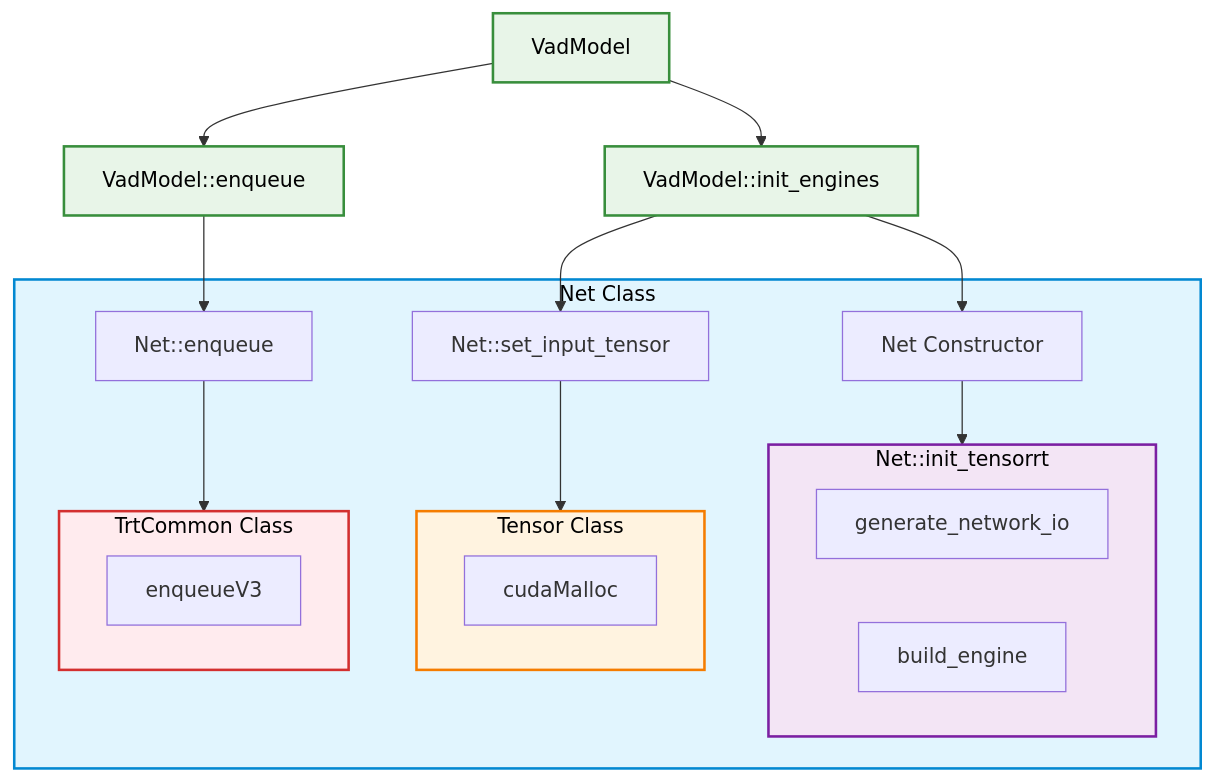
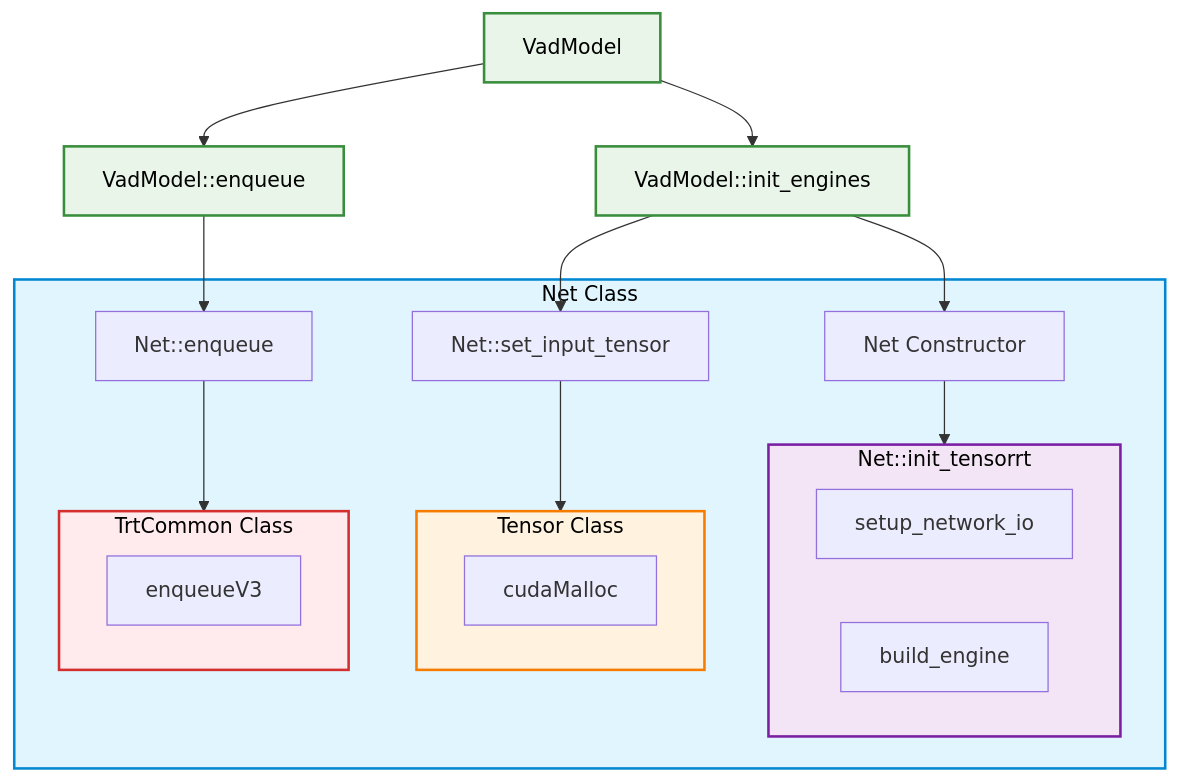
The second of 3 diagrams in planning/autoware_tensorrt_vad/docs/design_vad_model.md (isseitzk/autoware_universe), drawn with Mermaid before and after one commit. The commit also changed other lines of this file and 6 other files, not shown here.

Commit message:
refactor(autoware_tensorrt_vad): rename generate_network_io to setup_network_io

````diff
--- a/planning/autoware_tensorrt_vad/docs/design_vad_model.md
+++ b/planning/autoware_tensorrt_vad/docs/design_vad_model.md
@@ -83,51 +83,51 @@
 ```mermaid
 flowchart TD
     VadModel[VadModel]
     
     VadModel --> VadModelInit[VadModel::init_engines]
     VadModel --> VadModelEnqueue[VadModel::enqueue]
     
     VadModelInit --> NetConstructor[Net Constructor]
     VadModelInit --> NetSetInputTensor[Net::set_input_tensor]
     VadModelEnqueue --> NetEnqueue[Net::enqueue]
     
     subgraph NetClass["Net Class"]
         subgraph InitProcess["Net::init_tensorrt"]
-            GenerateIO[generate_network_io]
+            SetupIO[setup_network_io]
             BuildEngine[build_engine]
         end
         
         subgraph TensorSubgraph["Tensor Class"]
             CudaMalloc[cudaMalloc]
         end
         
         subgraph TrtCommonSubgraph["TrtCommon Class"]
             EnqueueV3[enqueueV3]
         end
         
         NetConstructor --> InitProcess
         NetSetInputTensor --> TensorSubgraph
         NetEnqueue --> TrtCommonSubgraph
     end
     
     style NetClass fill:#e1f5fe,stroke:#0288d1,stroke-width:2px,color:#000000
     style InitProcess fill:#f3e5f5,stroke:#7b1fa2,stroke-width:2px,color:#000000
     style TensorSubgraph fill:#fff3e0,stroke:#f57c00,stroke-width:2px,color:#000000
     style TrtCommonSubgraph fill:#ffebee,stroke:#d32f2f,stroke-width:2px,color:#000000
     style VadModel fill:#e8f5e8,stroke:#388e3c,stroke-width:2px,color:#000000
     style VadModelInit fill:#e8f5e8,stroke:#388e3c,stroke-width:2px,color:#000000
     style VadModelEnqueue fill:#e8f5e8,stroke:#388e3c,stroke-width:2px,color:#000000
     
     %% Links to source code files
     click CudaMalloc "https://github.com/autowarefoundation/autoware_universe/tree/main/planning/autoware_tensorrt_vad/lib/networks/tensor.cpp" "Tensor class implementation"
     click BuildEngine "https://github.com/autowarefoundation/autoware_universe/tree/main/planning/autoware_tensorrt_vad/include/autoware/tensorrt_vad/networks/net.hpp" "Net class implementation"
     click NetEnqueue "https://github.com/autowarefoundation/autoware_universe/tree/main/planning/autoware_tensorrt_vad/include/autoware/tensorrt_vad/networks/net.hpp" "Net class implementation"
     click NetSetInputTensor "https://github.com/autowarefoundation/autoware_universe/tree/main/planning/autoware_tensorrt_vad/include/autoware/tensorrt_vad/networks/net.hpp" "Net class implementation"
     click NetConstructor "https://github.com/autowarefoundation/autoware_universe/tree/main/planning/autoware_tensorrt_vad/include/autoware/tensorrt_vad/networks/net.hpp" "Net class implementation"
     click EnqueueV3 "https://github.com/autowarefoundation/autoware_universe/blob/main/perception/autoware_tensorrt_common/src/tensorrt_common.cpp" "enqueueV3 implementation"
     click VadModelInit "https://github.com/autowarefoundation/autoware_universe/tree/main/planning/autoware_tensorrt_vad/include/autoware/tensorrt_vad/vad_model.hpp" "VadModel implementation"
     click VadModelEnqueue "https://github.com/autowarefoundation/autoware_universe/tree/main/planning/autoware_tensorrt_vad/include/autoware/tensorrt_vad/vad_model.hpp" "VadModel implementation"
     click InitTensorRT "https://github.com/autowarefoundation/autoware_universe/tree/main/planning/autoware_tensorrt_vad/include/autoware/tensorrt_vad/networks/net.hpp" "Net class implementation"
-    click GenerateIO "https://github.com/autowarefoundation/autoware_universe/tree/main/planning/autoware_tensorrt_vad/include/autoware/tensorrt_vad/networks/net.hpp" "Net class implementation"
+    click SetupIO "https://github.com/autowarefoundation/autoware_universe/tree/main/planning/autoware_tensorrt_vad/include/autoware/tensorrt_vad/networks/net.hpp" "Net class implementation"
     click TensorClass "https://github.com/autowarefoundation/autoware_universe/tree/main/planning/autoware_tensorrt_vad/lib/networks/tensor.cpp" "Tensor class implementation"
 ```
````
